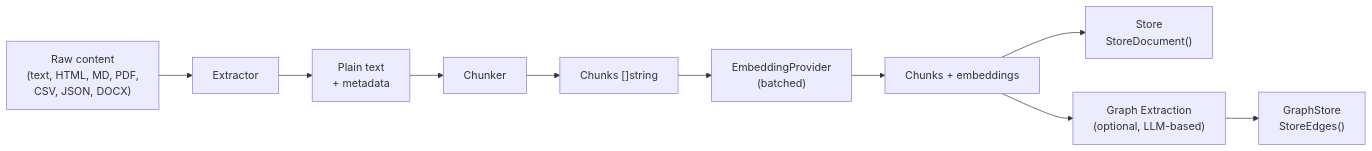
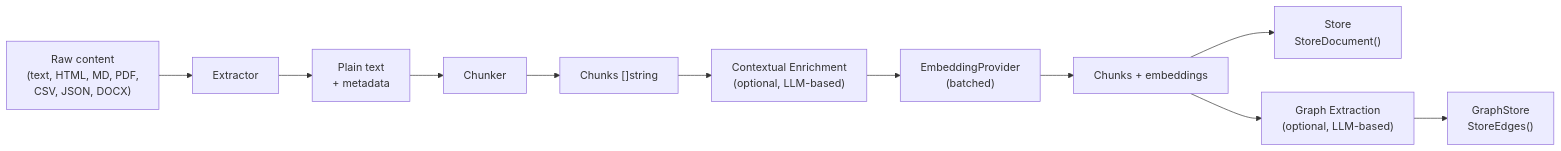
The first of 2 diagrams in docs/concepts/ingest.md (nevindra/oasis), drawn with Mermaid before and after one commit. The commit also changed other lines of this file and 12 other files, not shown here.

First line of the commit message:
feat(ingest): contextual enrichment, embedding retry, DocumentChunkLister

````diff
--- a/docs/concepts/ingest.md
+++ b/docs/concepts/ingest.md
@@ -7,12 +7,13 @@
 ```mermaid
 flowchart LR
     RAW["Raw content<br>(text, HTML, MD, PDF,<br>CSV, JSON, DOCX)"] --> EXTRACT[Extractor]
     EXTRACT --> PLAIN["Plain text<br>+ metadata"]
     PLAIN --> CHUNK[Chunker]
     CHUNK --> CHUNKS["Chunks []string"]
-    CHUNKS --> EMBED["EmbeddingProvider<br>(batched)"]
+    CHUNKS --> CONTEXT["Contextual Enrichment<br>(optional, LLM-based)"]
+    CONTEXT --> EMBED["EmbeddingProvider<br>(batched)"]
     EMBED --> VECTORS["Chunks + embeddings"]
     VECTORS --> STORE["Store<br>StoreDocument()"]
     VECTORS --> GRAPH["Graph Extraction<br>(optional, LLM-based)"]
     GRAPH --> EDGES["GraphStore<br>StoreEdges()"]
 ```
````
